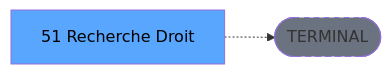
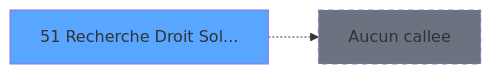
The third of 3 diagrams in .openspec/specs/ADH-IDE-51.md (thonyAGP/magic-migration), drawn with Mermaid before and after one commit. The commit also changed other lines of this file and 311 other files, not shown here.

````diff
--- a/.openspec/specs/ADH-IDE-51.md
+++ b/.openspec/specs/ADH-IDE-51.md
@@ -138,8 +160,8 @@
 ```mermaid
 graph LR
-    T[51 Recherche Droit]
-    TERM([TERMINAL])
-    T -.-> TERM
-    style TERM fill:#6b7280,stroke-dasharray: 5 5
-    style T fill:#58a6ff,color:#000
+    T51[51 Recherche Droit Sol...]
+    style T51 fill:#58a6ff
+    NONE[Aucun callee]
+    T51 -.-> NONE
+    style NONE fill:#6b7280,stroke-dasharray: 5 5
 ```
````
